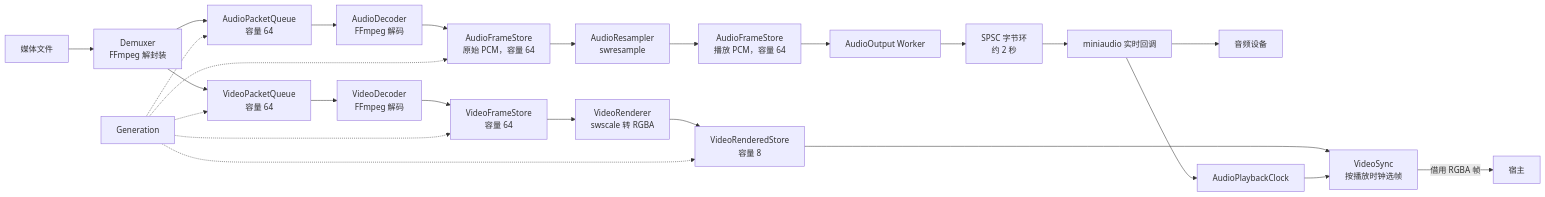
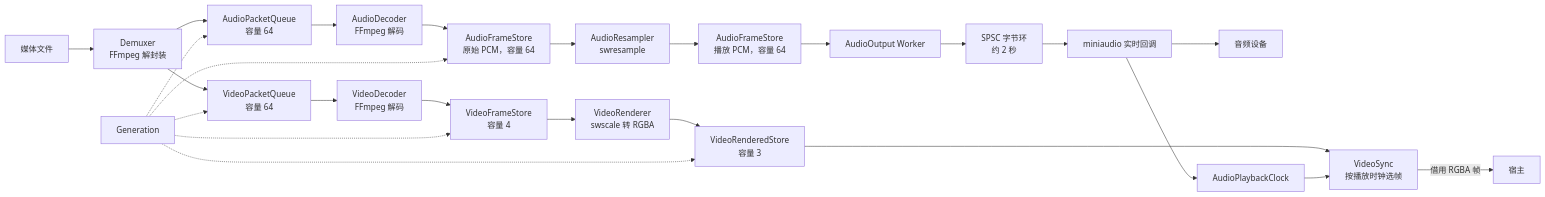
The first of 2 diagrams in docs/architecture.md (Semiruyi/SemiPlayer), drawn with Mermaid before and after one commit. The commit also changed other lines of this file and 6 other files, not shown here.

````diff
--- a/docs/architecture.md
+++ b/docs/architecture.md
@@ -41,30 +41,30 @@
 ```mermaid
 flowchart LR
     Media["媒体文件"] --> Demuxer["Demuxer\nFFmpeg 解封装"]
 
     Demuxer --> VPQ["VideoPacketQueue\n容量 64"]
     VPQ --> VD["VideoDecoder\nFFmpeg 解码"]
-    VD --> VFS["VideoFrameStore\n容量 64"]
+    VD --> VFS["VideoFrameStore\n容量 4"]
     VFS --> VR["VideoRenderer\nswscale 转 RGBA"]
-    VR --> VRS["VideoRenderedStore\n容量 8"]
+    VR --> VRS["VideoRenderedStore\n容量 3"]
     VRS --> VS["VideoSync\n按播放时钟选帧"]
     VS -->|"借用 RGBA 帧"| Host["宿主"]
 
     Demuxer --> APQ["AudioPacketQueue\n容量 64"]
     APQ --> AD["AudioDecoder\nFFmpeg 解码"]
     AD --> AFD["AudioFrameStore\n原始 PCM，容量 64"]
     AFD --> AR["AudioResampler\nswresample"]
     AR --> AFP["AudioFrameStore\n播放 PCM，容量 64"]
     AFP --> AO["AudioOutput Worker"]
     AO --> Ring["SPSC 字节环\n约 2 秒"]
     Ring --> Callback["miniaudio 实时回调"]
     Callback --> Device["音频设备"]
     Callback --> Clock["AudioPlaybackClock"]
     Clock --> VS
 
     Generation["Generation"] -.-> VPQ
     Generation -.-> APQ
     Generation -.-> VFS
     Generation -.-> AFD
     Generation -.-> VRS
 ```
````
